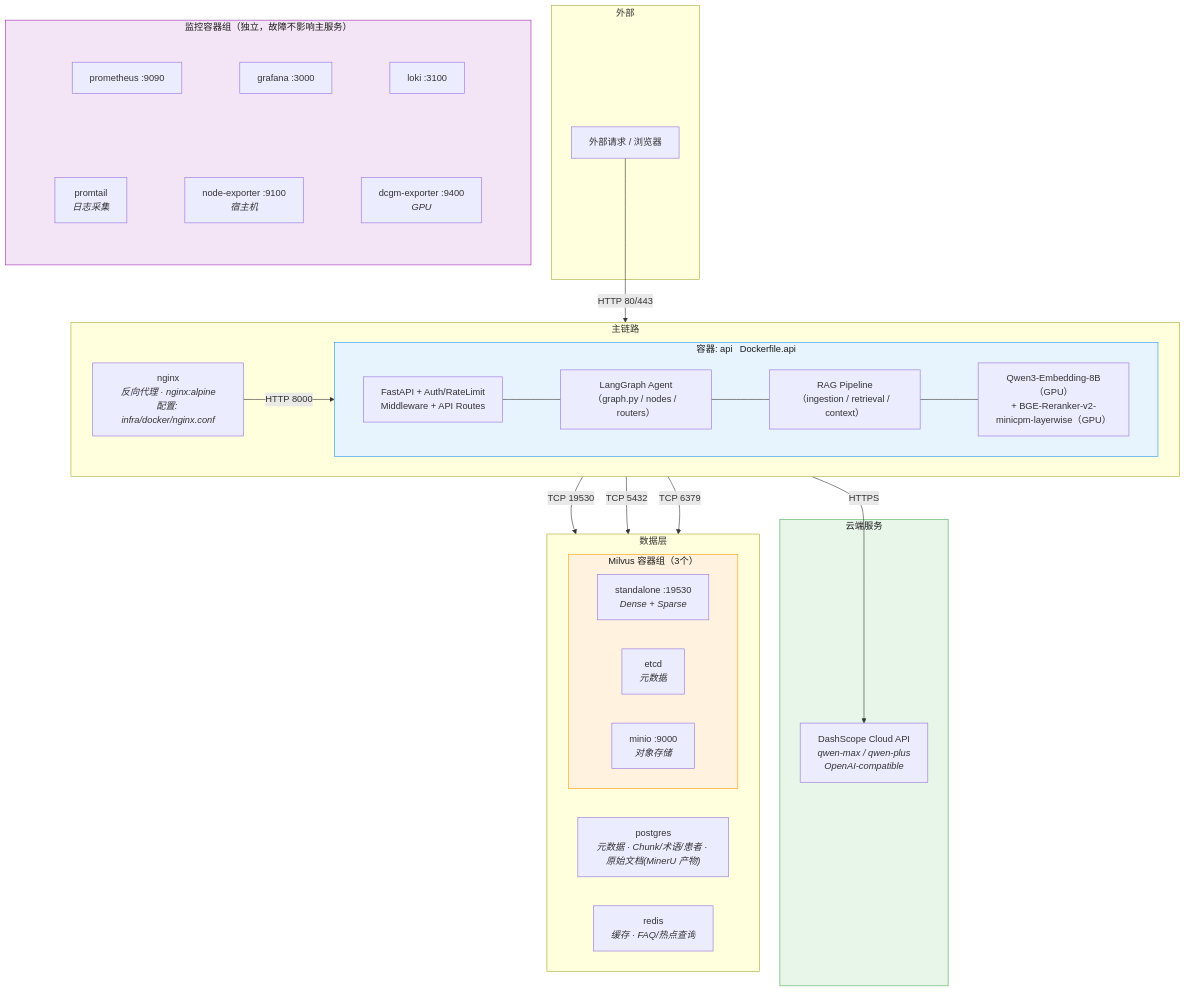
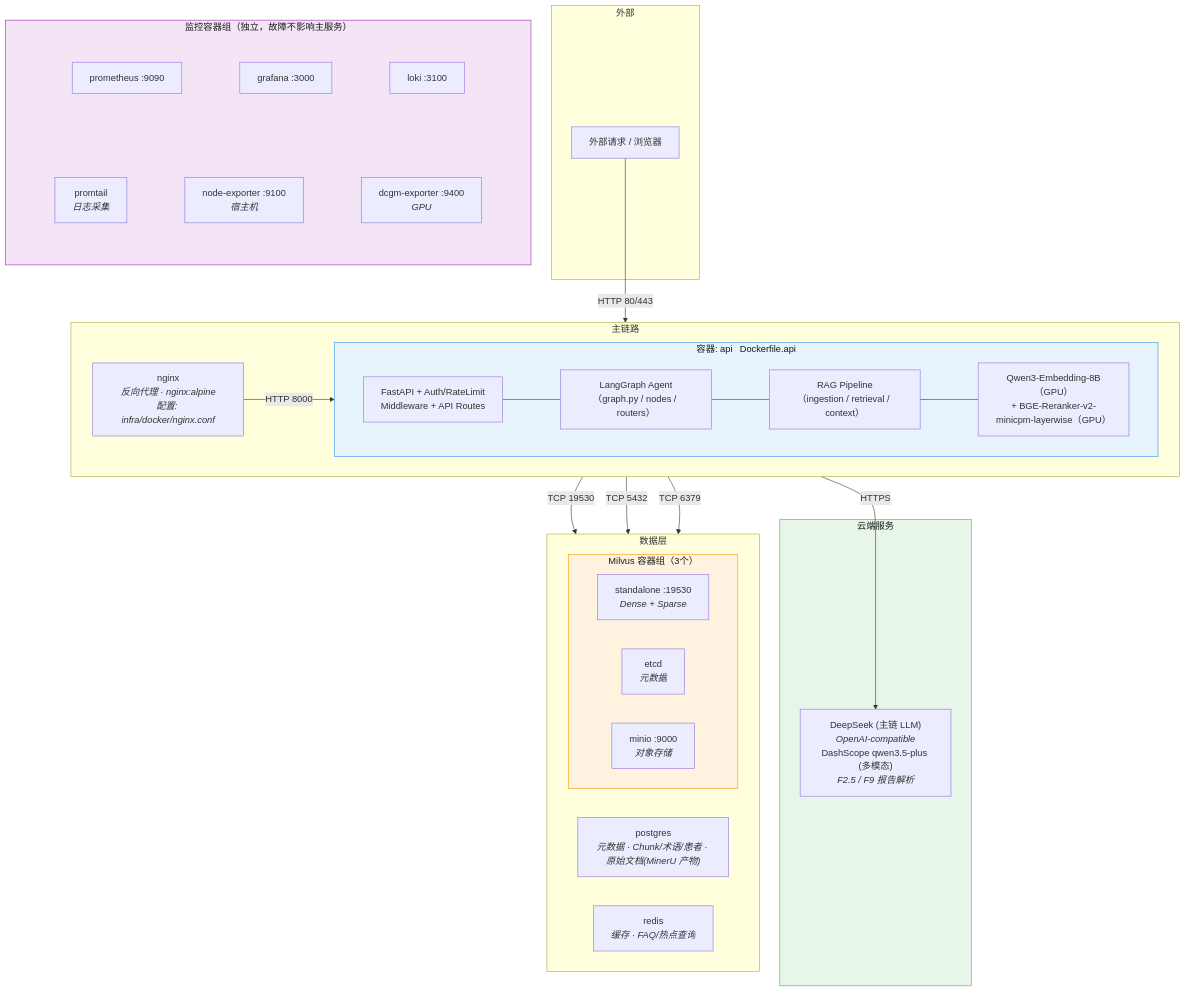
Before and after one commit to Handshakeworm/Agentic-RAG-Medical-care-Assistant: the diagram in .claude/skills/auto-coder/references/01-overview.md, drawn with Mermaid. The commit also changed 13 other files, not shown here.

````diff
--- a/.claude/skills/auto-coder/references/01-overview.md
+++ b/.claude/skills/auto-coder/references/01-overview.md
@@ -368,70 +368,70 @@
 ```mermaid
 graph TB
     subgraph 外部
         Client["外部请求 / 浏览器"]
     end
 
     subgraph 云端["云端服务"]
-        cloudapi["DashScope Cloud API<br/><i>qwen-max / qwen-plus</i><br/><i>OpenAI-compatible</i>"]
+        cloudapi["DeepSeek (主链 LLM)<br/><i>OpenAI-compatible</i><br/>DashScope qwen3.5-plus (多模态)<br/><i>F2.5 / F9 报告解析</i>"]
     end
 
     Client -->|"HTTP 80/443"| nginx
 
     subgraph 主链路
         direction LR
         nginx["nginx<br/><i>反向代理 · nginx:alpine</i><br/><i>配置: infra/docker/nginx.conf</i>"]
         nginx -->|"HTTP 8000"| api
 
         subgraph api["容器: api &ensp;Dockerfile.api"]
             direction LR
             L1["FastAPI + Auth/RateLimit<br/>Middleware + API Routes"]
             L2["LangGraph Agent<br/>（graph.py / nodes / routers）"]
             L3["RAG Pipeline<br/>（ingestion / retrieval / context）"]
             L4["Qwen3-Embedding-8B（GPU）<br/>+ BGE-Reranker-v2-minicpm-layerwise（GPU）"]
             L1 --- L2 --- L3 --- L4
         end
     end
 
     subgraph 数据层
         direction LR
         subgraph Milvus["Milvus 容器组（3个）"]
             direction LR
             standalone["standalone :19530<br/><i>Dense + Sparse</i>"]
             etcd["etcd<br/><i>元数据</i>"]
             minio["minio :9000<br/><i>对象存储</i>"]
         end
         postgres["postgres<br/><i>元数据 · Chunk/术语/患者 · 原始文档(MinerU 产物)</i>"]
         redis["redis<br/><i>缓存 · FAQ/热点查询</i>"]
     end
 
     api -->|"HTTPS"| cloudapi
     api -->|"TCP 19530"| standalone
     api -->|"TCP 5432"| postgres
     api -->|"TCP 6379"| redis
 
     subgraph 监控层["监控容器组（独立，故障不影响主服务）"]
         direction TB
         subgraph 监控行1[" "]
             direction LR
             prometheus["prometheus :9090"]
             grafana["grafana :3000"]
             loki["loki :3100"]
             prometheus ~~~ grafana ~~~ loki
         end
         subgraph 监控行2[" "]
             direction LR
             promtail["promtail<br/><i>日志采集</i>"]
             node_exp["node-exporter :9100<br/><i>宿主机</i>"]
             dcgm_exp["dcgm-exporter :9400<br/><i>GPU</i>"]
             promtail ~~~ node_exp ~~~ dcgm_exp
         end
         监控行1 ~~~ 监控行2
     end
 
     style api fill:#e8f4fd,stroke:#2196F3,color:#1a1a1a
     style Milvus fill:#fff3e0,stroke:#FF9800,color:#1a1a1a
     style 监控层 fill:#f3e5f5,stroke:#9C27B0,color:#1a1a1a
     style 云端 fill:#e8f5e9,stroke:#4CAF50,color:#1a1a1a
     style 监控行1 fill:transparent,stroke:none
     style 监控行2 fill:transparent,stroke:none
 ```
````
